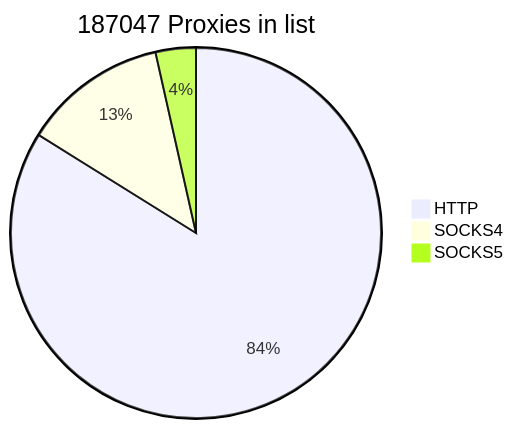
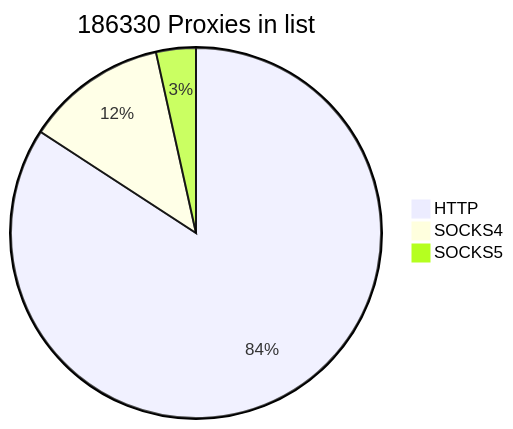
One commit to cutipu/proxylist changed the first of 2 diagrams in README.md. Above: the diagram before and after it, drawn with Mermaid. The commit also changed other lines of this file, not shown here.

````diff
--- a/README.md
+++ b/README.md
@@ -2,7 +2,7 @@
 ```mermaid
-pie title 187047 Proxies in list
-    "HTTP" : 156869
-    "SOCKS4" : 23608
-    "SOCKS5" : 6570
+pie title 186330 Proxies in list
+    "HTTP" : 156863
+    "SOCKS4" : 23000
+    "SOCKS5" : 6467
             
 ```
````
